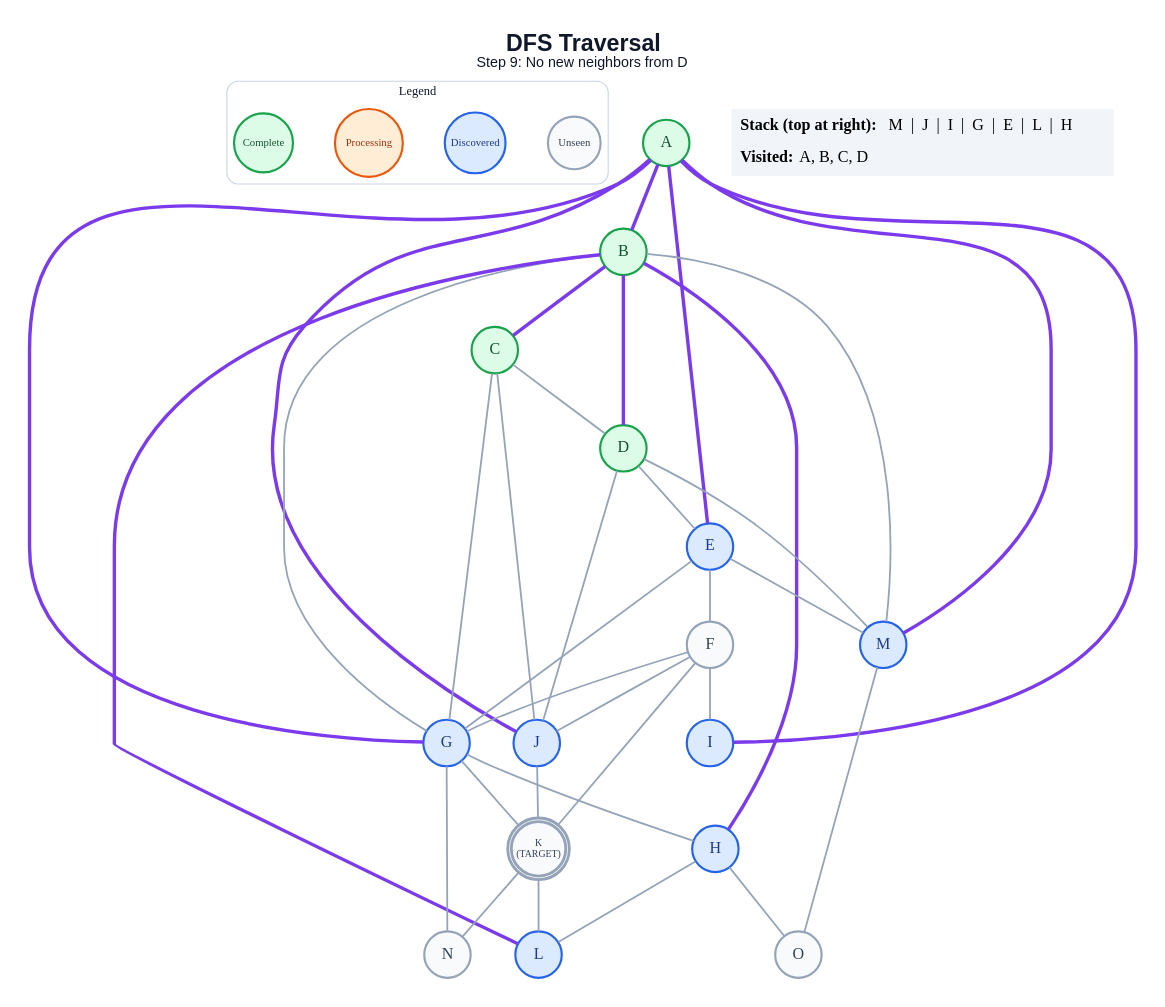
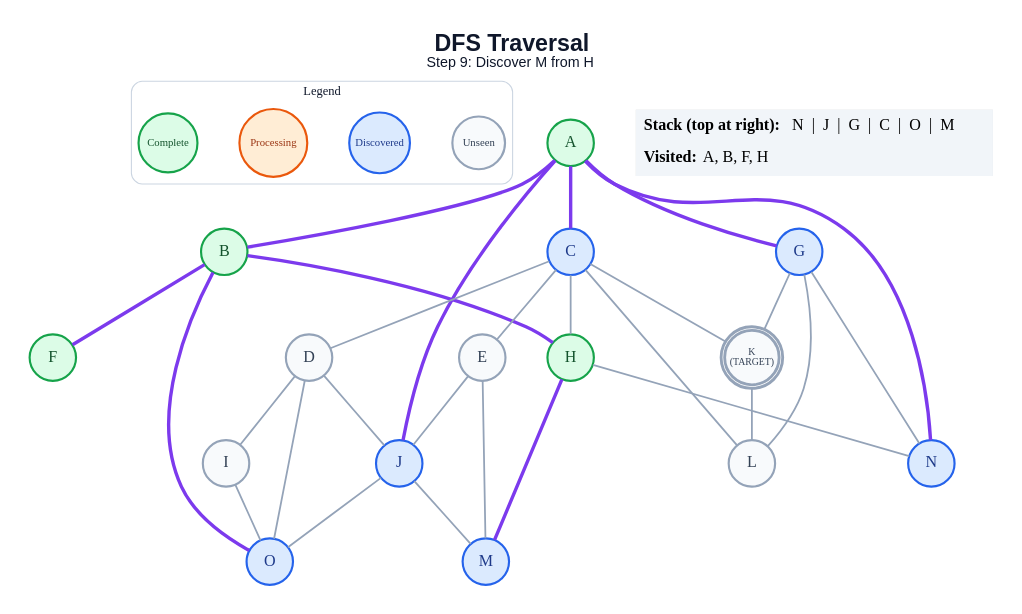
The diagram in generated/short-circuit/dfs/step_09.dot (anon7238593-create/ai-slop), drawn with Graphviz before and after one commit. The commit also changed 282 other files, not shown here.

```diff
--- a/generated/short-circuit/dfs/step_09.dot
+++ b/generated/short-circuit/dfs/step_09.dot
@@ -1,68 +1,61 @@
 graph traversal {
   graph [layout=dot, rankdir=TB, bgcolor="#FFFFFF", pad="0.35", nodesep="0.65", ranksep="0.8", fontname="Arial"];
   node [shape=circle, style="filled", fontname="Arial Bold", fontsize=18, width=0.72, fixedsize=true, penwidth=2.4];
   edge [color="#94A3B8", penwidth=2.0];
-  label=<<B>DFS Traversal</B><BR/><FONT POINT-SIZE="16">Step 9: No new neighbors from D</FONT>>; labelloc="t"; fontsize=26; fontname="Arial"; fontcolor="#0F172A";
+  label=<<B>DFS Traversal</B><BR/><FONT POINT-SIZE="16">Step 9: Discover M from H</FONT>>; labelloc="t"; fontsize=26; fontname="Arial"; fontcolor="#0F172A";
   subgraph cluster_legend { label="Legend"; color="#CBD5E1"; penwidth=1.2; style="rounded"; fontsize=14; fontname="Arial Bold";
     key_unseen [label="Unseen", fillcolor="#F8FAFC", color="#94A3B8", fontcolor="#334155", fontsize=12, width=0.82];
     key_frontier [label="Discovered", fillcolor="#DBEAFE", color="#2563EB", fontcolor="#1E3A8A", fontsize=12, width=0.95];
     key_current [label="Processing", fillcolor="#FFEDD5", color="#EA580C", fontcolor="#9A3412", fontsize=12, width=1.05];
     key_done [label="Complete", fillcolor="#DCFCE7", color="#16A34A", fontcolor="#14532D", fontsize=12, width=0.92];
     { rank=same; key_unseen; key_frontier; key_current; key_done; }
   }
   A [label="A", fillcolor="#DCFCE7", color="#16A34A", fontcolor="#14532D", peripheries=1, penwidth=2.4];
   B [label="B", fillcolor="#DCFCE7", color="#16A34A", fontcolor="#14532D", peripheries=1, penwidth=2.4];
-  C [label="C", fillcolor="#DCFCE7", color="#16A34A", fontcolor="#14532D", peripheries=1, penwidth=2.4];
-  D [label="D", fillcolor="#DCFCE7", color="#16A34A", fontcolor="#14532D", peripheries=1, penwidth=2.4];
-  E [label="E", fillcolor="#DBEAFE", color="#2563EB", fontcolor="#1E3A8A", peripheries=1, penwidth=2.4];
-  F [label="F", fillcolor="#F8FAFC", color="#94A3B8", fontcolor="#334155", peripheries=1, penwidth=2.4];
+  C [label="C", fillcolor="#DBEAFE", color="#2563EB", fontcolor="#1E3A8A", peripheries=1, penwidth=2.4];
+  D [label="D", fillcolor="#F8FAFC", color="#94A3B8", fontcolor="#334155", peripheries=1, penwidth=2.4];
+  E [label="E", fillcolor="#F8FAFC", color="#94A3B8", fontcolor="#334155", peripheries=1, penwidth=2.4];
+  F [label="F", fillcolor="#DCFCE7", color="#16A34A", fontcolor="#14532D", peripheries=1, penwidth=2.4];
   G [label="G", fillcolor="#DBEAFE", color="#2563EB", fontcolor="#1E3A8A", peripheries=1, penwidth=2.4];
-  H [label="H", fillcolor="#DBEAFE", color="#2563EB", fontcolor="#1E3A8A", peripheries=1, penwidth=2.4];
-  I [label="I", fillcolor="#DBEAFE", color="#2563EB", fontcolor="#1E3A8A", peripheries=1, penwidth=2.4];
+  H [label="H", fillcolor="#DCFCE7", color="#16A34A", fontcolor="#14532D", peripheries=1, penwidth=2.4];
+  I [label="I", fillcolor="#F8FAFC", color="#94A3B8", fontcolor="#334155", peripheries=1, penwidth=2.4];
   J [label="J", fillcolor="#DBEAFE", color="#2563EB", fontcolor="#1E3A8A", peripheries=1, penwidth=2.4];
   K [label="K\n(TARGET)", fillcolor="#F8FAFC", color="#94A3B8", fontcolor="#334155", peripheries=2, penwidth=3.2, fontsize=11, width=0.85, height=0.85];
-  L [label="L", fillcolor="#DBEAFE", color="#2563EB", fontcolor="#1E3A8A", peripheries=1, penwidth=2.4];
+  L [label="L", fillcolor="#F8FAFC", color="#94A3B8", fontcolor="#334155", peripheries=1, penwidth=2.4];
   M [label="M", fillcolor="#DBEAFE", color="#2563EB", fontcolor="#1E3A8A", peripheries=1, penwidth=2.4];
-  N [label="N", fillcolor="#F8FAFC", color="#94A3B8", fontcolor="#334155", peripheries=1, penwidth=2.4];
-  O [label="O", fillcolor="#F8FAFC", color="#94A3B8", fontcolor="#334155", peripheries=1, penwidth=2.4];
+  N [label="N", fillcolor="#DBEAFE", color="#2563EB", fontcolor="#1E3A8A", peripheries=1, penwidth=2.4];
+  O [label="O", fillcolor="#DBEAFE", color="#2563EB", fontcolor="#1E3A8A", peripheries=1, penwidth=2.4];
   A -- B [color="#7C3AED", penwidth=3.8];
-  A -- E [color="#7C3AED", penwidth=3.8];
+  A -- C [color="#7C3AED", penwidth=3.8];
   A -- G [color="#7C3AED", penwidth=3.8];
-  A -- I [color="#7C3AED", penwidth=3.8];
   A -- J [color="#7C3AED", penwidth=3.8];
-  A -- M [color="#7C3AED", penwidth=3.8];
-  B -- C [color="#7C3AED", penwidth=3.8];
-  B -- D [color="#7C3AED", penwidth=3.8];
-  B -- G;
+  A -- N [color="#7C3AED", penwidth=3.8];
+  B -- F [color="#7C3AED", penwidth=3.8];
   B -- H [color="#7C3AED", penwidth=3.8];
-  B -- L [color="#7C3AED", penwidth=3.8];
-  B -- M;
+  B -- O [color="#7C3AED", penwidth=3.8];
   C -- D;
-  C -- G;
-  C -- J;
-  D -- E;
+  C -- E;
+  C -- H;
+  C -- K;
+  C -- L;
+  D -- I;
   D -- J;
-  D -- M;
-  E -- F;
-  E -- G;
+  D -- O;
+  E -- J;
   E -- M;
-  F -- G;
-  F -- I;
-  F -- J;
-  F -- K;
-  G -- H;
   G -- K;
+  G -- L;
   G -- N;
-  H -- L;
-  H -- O;
-  J -- K;
+  H -- M [color="#7C3AED", penwidth=3.8];
+  H -- N;
+  I -- O;
+  J -- M;
+  J -- O;
   K -- L;
-  K -- N;
-  M -- O;
   status [shape=plain, fixedsize=false, width=0, height=0, margin=0, label=<
     <TABLE BORDER="0" CELLBORDER="0" CELLPADDING="7" BGCOLOR="#F1F5F9">
-      <TR><TD ALIGN="LEFT"><B>Stack (top at right):</B> M  |  J  |  I  |  G  |  E  |  L  |  H</TD></TR>
-      <TR><TD ALIGN="LEFT"><B>Visited:</B> A, B, C, D</TD></TR>
+      <TR><TD ALIGN="LEFT"><B>Stack (top at right):</B> N  |  J  |  G  |  C  |  O  |  M</TD></TR>
+      <TR><TD ALIGN="LEFT"><B>Visited:</B> A, B, F, H</TD></TR>
     </TABLE>
   >];
 }
```
